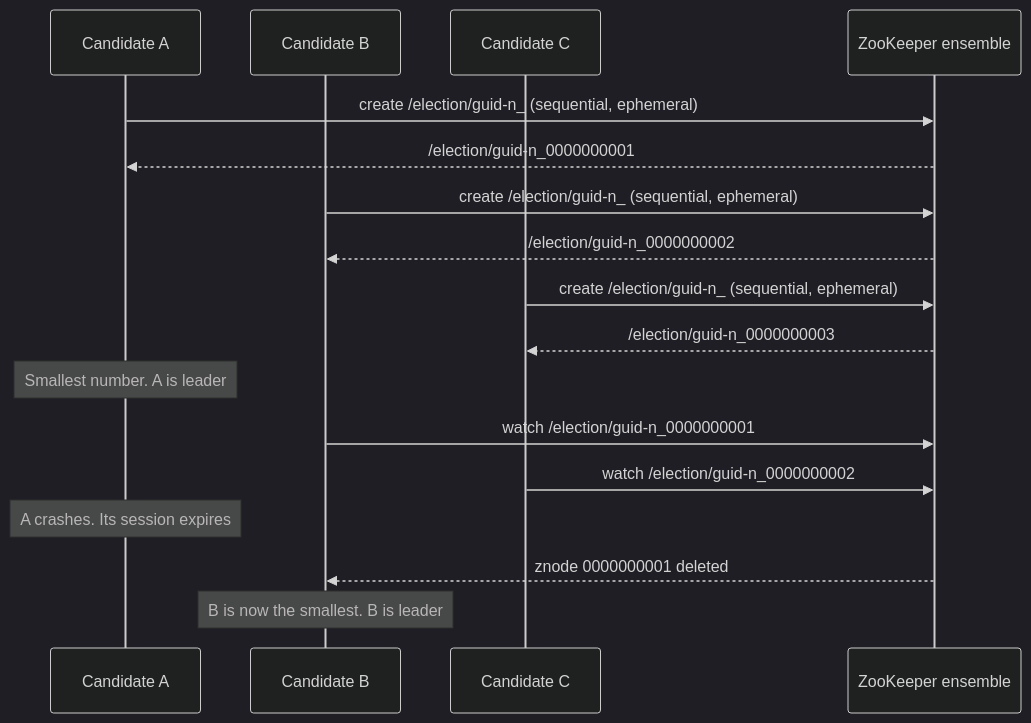
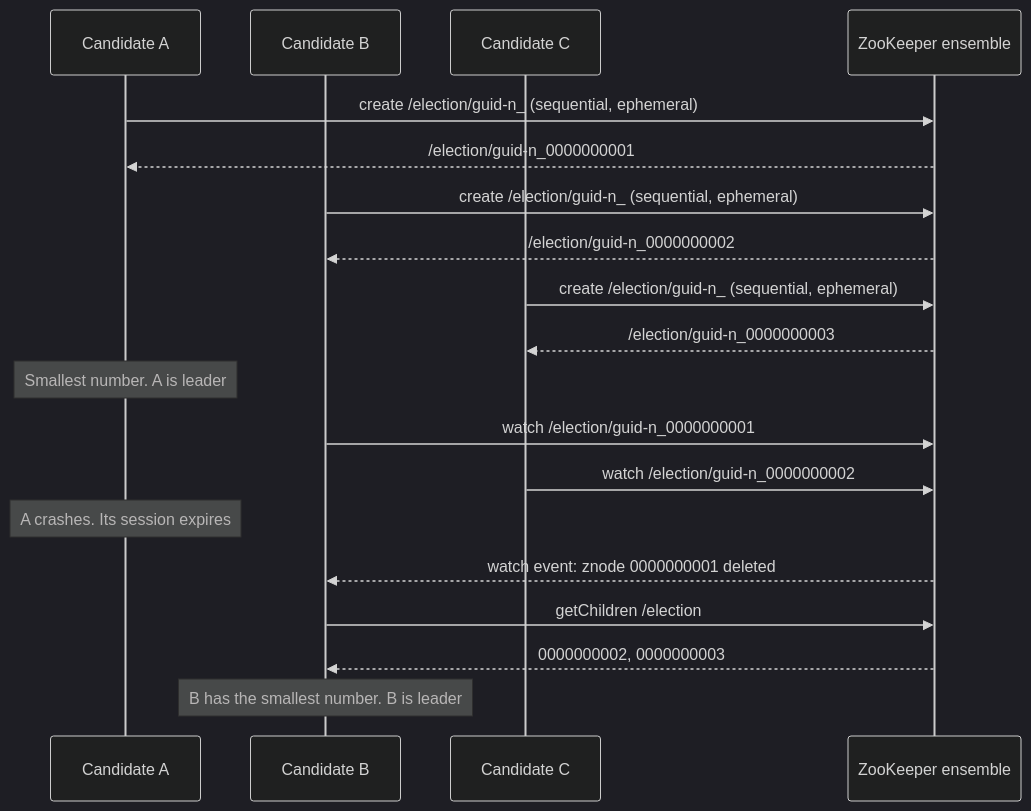
One commit to chaandharaghav/dsa-interview-guide changed the fourth of 4 diagrams in kb/hld/distributed-systems/02-consensus-and-leader-election.md. Above: the diagram before and after it, drawn with Mermaid (dark theme). The commit also changed other lines of this file and 1 other file, not shown here.

````diff
--- a/kb/hld/distributed-systems/02-consensus-and-leader-election.md
+++ b/kb/hld/distributed-systems/02-consensus-and-leader-election.md
@@ -272,19 +282,21 @@
 ```mermaid
 sequenceDiagram
     participant A as Candidate A
     participant B as Candidate B
     participant C as Candidate C
     participant ZK as ZooKeeper ensemble
     A->>ZK: create /election/guid-n_ (sequential, ephemeral)
     ZK-->>A: /election/guid-n_0000000001
     B->>ZK: create /election/guid-n_ (sequential, ephemeral)
     ZK-->>B: /election/guid-n_0000000002
     C->>ZK: create /election/guid-n_ (sequential, ephemeral)
     ZK-->>C: /election/guid-n_0000000003
     Note over A: Smallest number. A is leader
     B->>ZK: watch /election/guid-n_0000000001
     C->>ZK: watch /election/guid-n_0000000002
     Note over A: A crashes. Its session expires
-    ZK-->>B: znode 0000000001 deleted
-    Note over B: B is now the smallest. B is leader
+    ZK-->>B: watch event: znode 0000000001 deleted
+    B->>ZK: getChildren /election
+    ZK-->>B: 0000000002, 0000000003
+    Note over B: B has the smallest number. B is leader
 ```
````
